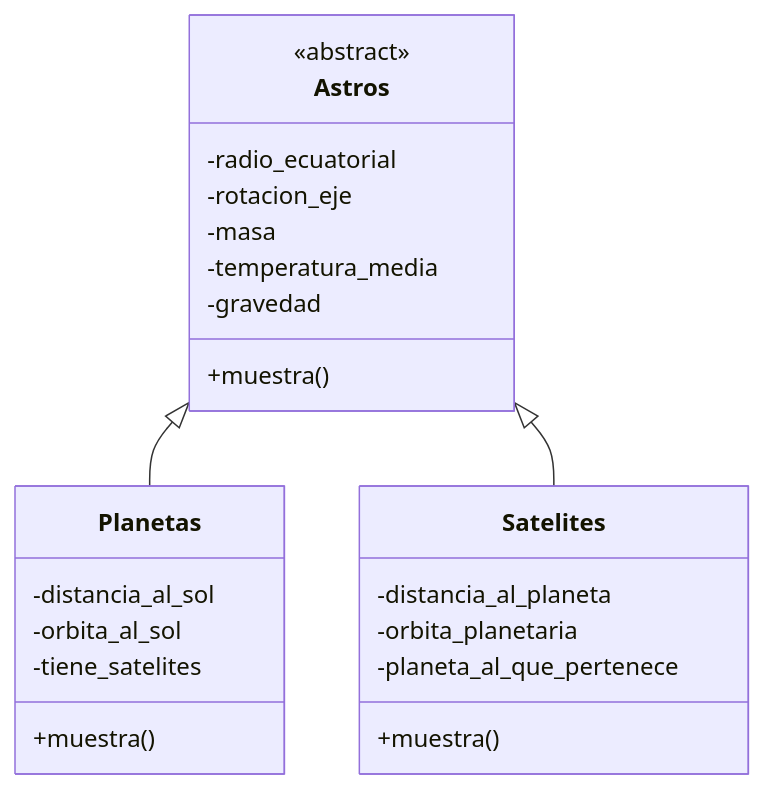
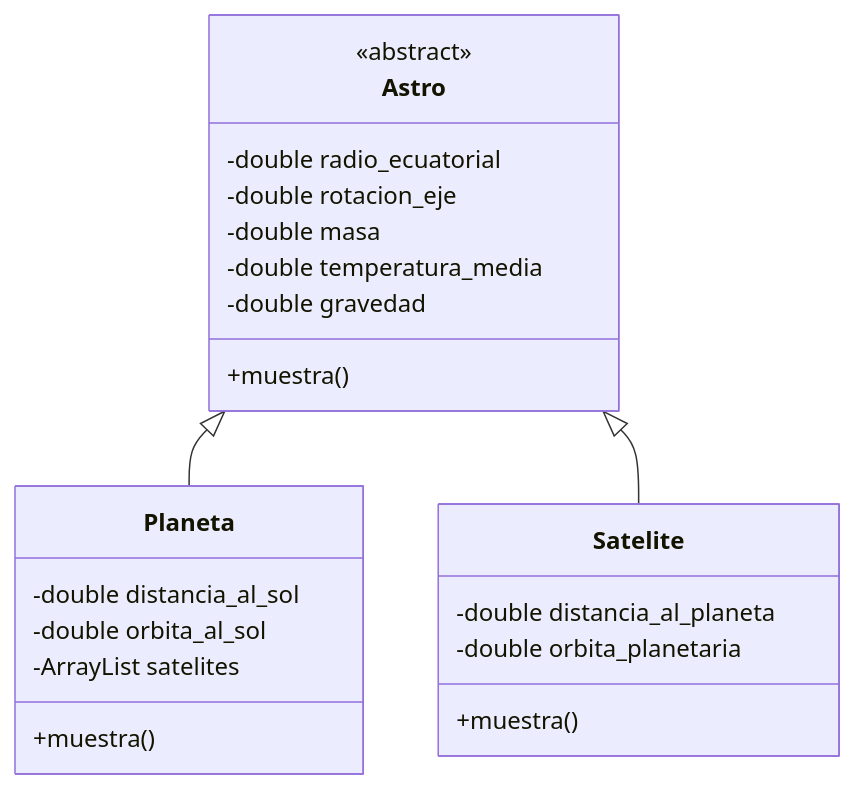
Before and after one commit to martinezpenya/PRG-CFGS-2122: the first of 3 diagrams in UD08/UD08_ejercicios_ES.md, drawn with Mermaid. The commit also changed other lines of this file and 3 other files, not shown here.

````diff
--- a/UD08/UD08_ejercicios_ES.md
+++ b/UD08/UD08_ejercicios_ES.md
@@ -416,25 +416,24 @@
 ```mermaid
  classDiagram
-   Astros <|-- Planetas
-   Astros <|-- Satelites
+   Astro <|-- Planeta
+   Astro <|-- Satelite
    
-   Astros : -radio_ecuatorial
-   Astros : -rotacion_eje
-   Astros: -masa
-   Astros: -temperatura_media
-   Astros: -gravedad
-   Astros: +muestra()
-   <<abstract>> Astros
-   class Planetas{
-     -distancia_al_sol
-     -orbita_al_sol
-     -tiene_satelites
+   Astro : -double radio_ecuatorial
+   Astro : -double rotacion_eje
+   Astro : -double masa
+   Astro: -double temperatura_media
+   Astro: -double gravedad
+   Astro: +muestra()
+   <<abstract>> Astro
+   class Planeta{
+     -double distancia_al_sol
+     -double orbita_al_sol
+     -ArrayList<Satelite> satelites
      +muestra()
    }
-   class Satelites{
-    -distancia_al_planeta
-    -orbita_planetaria
-    -planeta_al_que_pertenece
+   class Satelite{
+    -double distancia_al_planeta
+    -double orbita_planetaria
     +muestra()
    }
 ```
````
